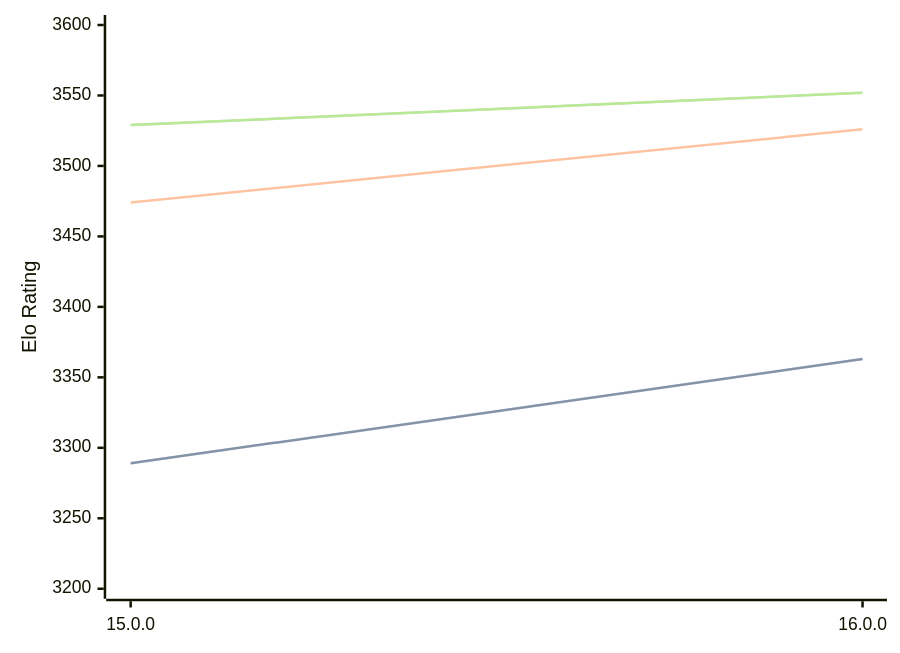
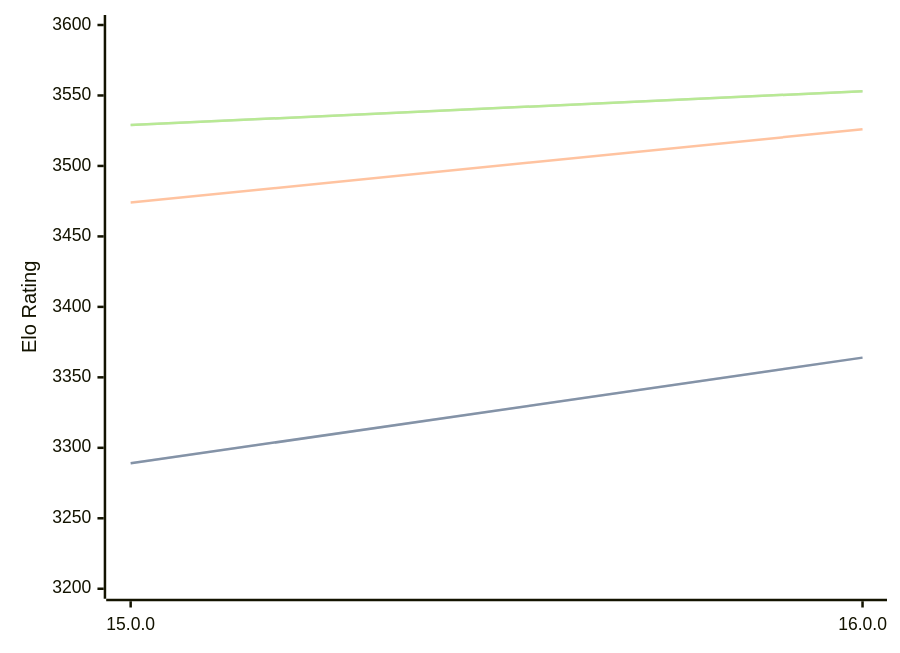
Before and after one commit to computer-chess-index/cci: the diagram in engines/Halogen.md, drawn with Mermaid. The commit also changed other lines of this file, not shown here.

Commit message:
Update CCI Ratings (ELO VLTC) - 2026-09-02

````diff
--- a/engines/Halogen.md
+++ b/engines/Halogen.md
@@ -32,11 +32,11 @@
 ```mermaid
 %%{init: {"theme":"base","themeVariables":{"seriesColors:['#a3a3a3','#222221','#faa371']}}}%%
 xychart-beta
   x-axis ["15.0.0", "16.0.0"]
   y-axis "Elo Rating" 3200 --> 3600
-  line "" [3289, 3363]
-  line "STC (8.0+0.08s)" [3289, 3363]
+  line "" [3289, 3364]
+  line "STC (8.0+0.08s)" [3289, 3364]
   line "LTC (60.0+0.60s)" [3474, 3526]
-  line "" [3529, 3552]
-  line "VLTC (2m24s+1.12s)" [3529, 3552]
+  line "" [3529, 3553]
+  line "VLTC (2m24s+1.12s)" [3529, 3553]
 ```
````
